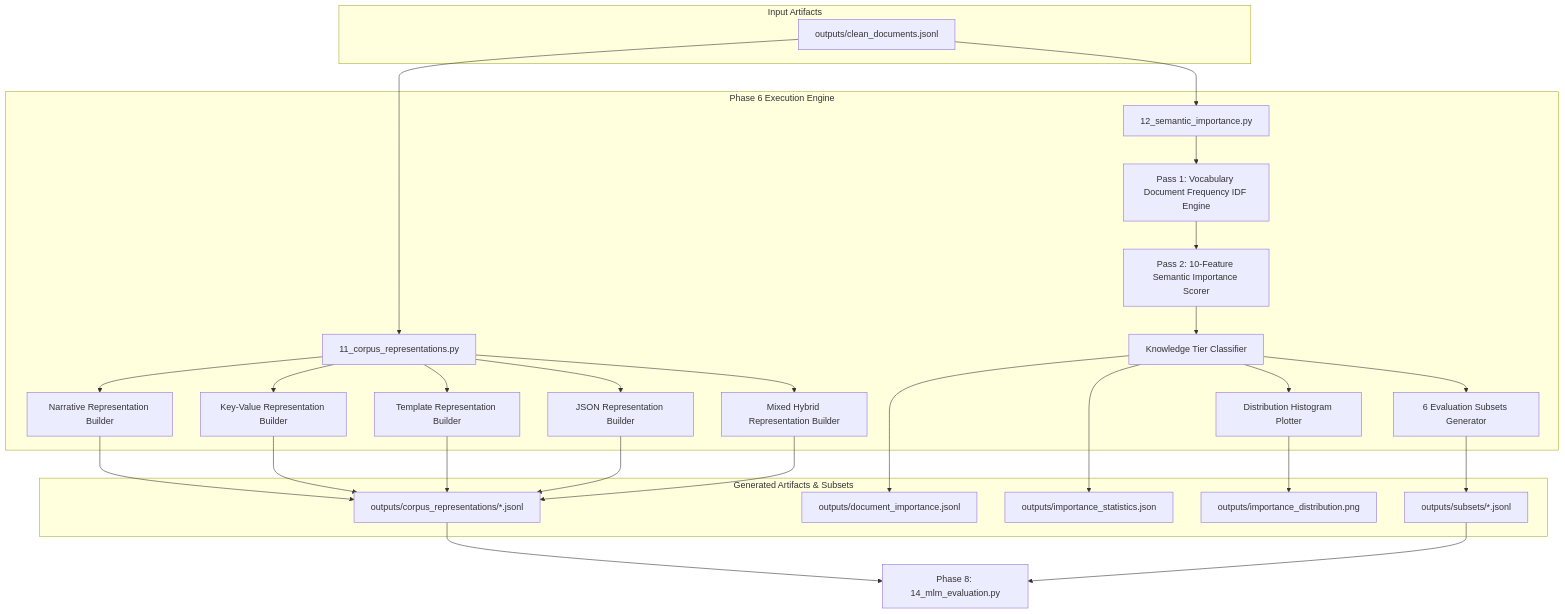
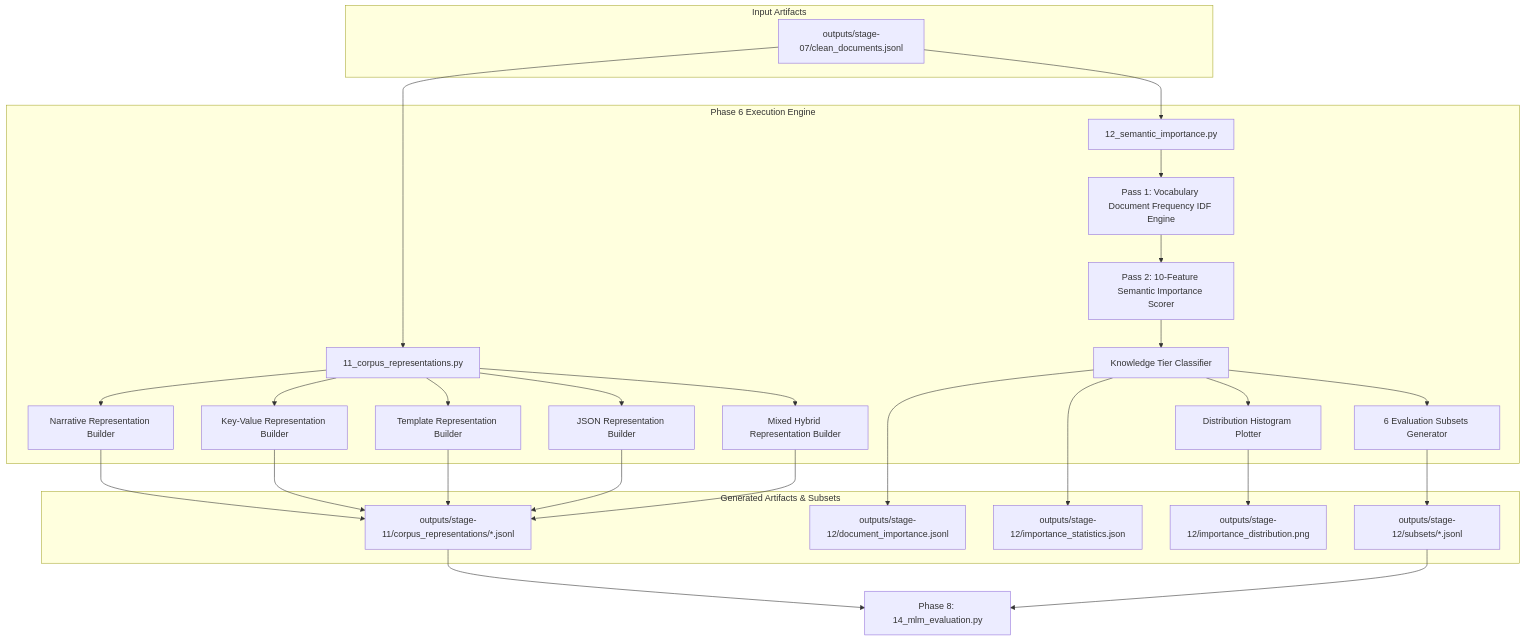
One commit to AbhishekYadav2207/TSBC-MaritimePipeline-PR changed the diagram in documentation/06_phase6_semantic_importance_analysis.md. Above: the diagram before and after it, drawn with Mermaid. The commit also changed other lines of this file and 18 other files, not shown here.

````diff
--- a/documentation/06_phase6_semantic_importance_analysis.md
+++ b/documentation/06_phase6_semantic_importance_analysis.md
@@ -14,45 +14,45 @@
 ```mermaid
 flowchart TD
     subgraph Inputs ["Input Artifacts"]
-        CleanDocs["outputs/clean_documents.jsonl"]
+        CleanDocs["outputs/stage-07/clean_documents.jsonl"]
     end
 
     subgraph Processing ["Phase 6 Execution Engine"]
         S11["11_corpus_representations.py"]
         RepNarrative["Narrative Representation Builder"]
         RepKV["Key-Value Representation Builder"]
         RepTpl["Template Representation Builder"]
         RepJSON["JSON Representation Builder"]
         RepMixed["Mixed Hybrid Representation Builder"]
         
         S12["12_semantic_importance.py"]
         TermFreqPass["Pass 1: Vocabulary Document Frequency IDF Engine"]
         ScoringPass["Pass 2: 10-Feature Semantic Importance Scorer"]
         TierClassifier["Knowledge Tier Classifier"]
         Plotter["Distribution Histogram Plotter"]
         SubsetGen["6 Evaluation Subsets Generator"]
     end
 
     subgraph Outputs ["Generated Artifacts & Subsets"]
-        RepFolder["outputs/corpus_representations/*.jsonl"]
-        DocImpJSONL["outputs/document_importance.jsonl"]
-        ImpStatsJSON["outputs/importance_statistics.json"]
-        DistPNG["outputs/importance_distribution.png"]
-        SubsetsFolder["outputs/subsets/*.jsonl"]
+        RepFolder["outputs/stage-11/corpus_representations/*.jsonl"]
+        DocImpJSONL["outputs/stage-12/document_importance.jsonl"]
+        ImpStatsJSON["outputs/stage-12/importance_statistics.json"]
+        DistPNG["outputs/stage-12/importance_distribution.png"]
+        SubsetsFolder["outputs/stage-12/subsets/*.jsonl"]
     end
 
     CleanDocs --> S11
     S11 --> RepNarrative & RepKV & RepTpl & RepJSON & RepMixed
     RepNarrative & RepKV & RepTpl & RepJSON & RepMixed --> RepFolder
 
     CleanDocs --> S12
     S12 --> TermFreqPass
     TermFreqPass --> ScoringPass
     ScoringPass --> TierClassifier
     TierClassifier --> DocImpJSONL & ImpStatsJSON & Plotter
     Plotter --> DistPNG
     TierClassifier --> SubsetGen
     SubsetGen --> SubsetsFolder
 
     RepFolder & SubsetsFolder --> NextPhase8["Phase 8: 14_mlm_evaluation.py"]
 ```
````
